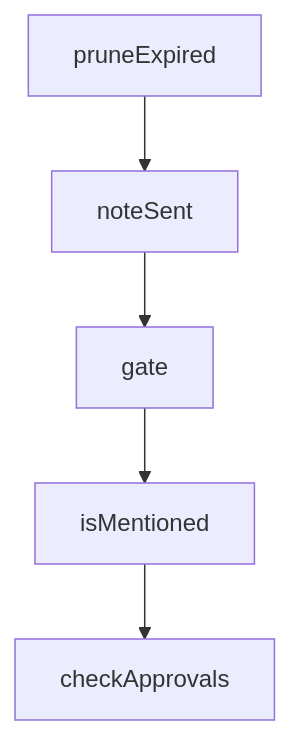
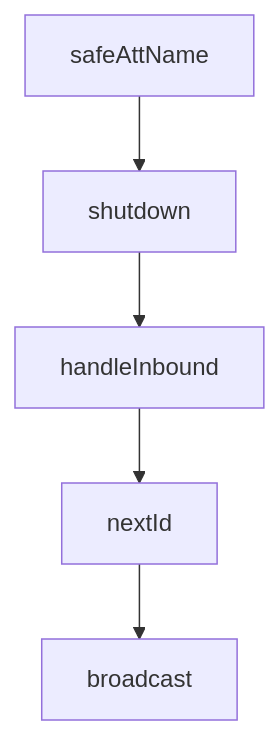
One commit to johnxie/awesome-code-docs changed the diagram in tutorials/claude-plugins-official-tutorial/03-plugin-manifest-and-structural-contracts.md. Above: the diagram before and after it, drawn with Mermaid. The commit also changed other lines of this file and 1232 other files, not shown here.

````diff
--- a/tutorials/claude-plugins-official-tutorial/03-plugin-manifest-and-structural-contracts.md
+++ b/tutorials/claude-plugins-official-tutorial/03-plugin-manifest-and-structural-contracts.md
@@ -224,12 +222,12 @@
 ```mermaid
 flowchart TD
-    A[pruneExpired]
-    B[noteSent]
-    C[gate]
-    D[isMentioned]
-    E[checkApprovals]
+    A[safeAttName]
+    B[shutdown]
+    C[handleInbound]
+    D[nextId]
+    E[broadcast]
     A --> B
     B --> C
     C --> D
     D --> E
 ```
````
